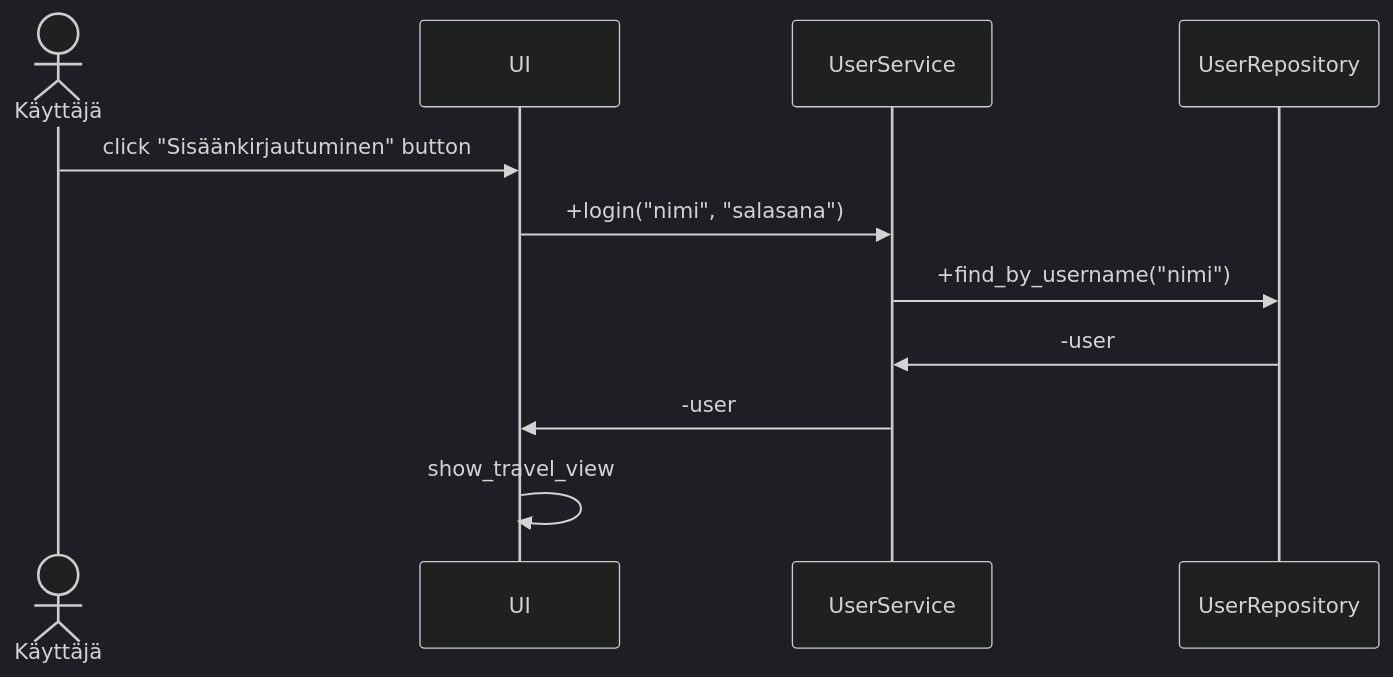
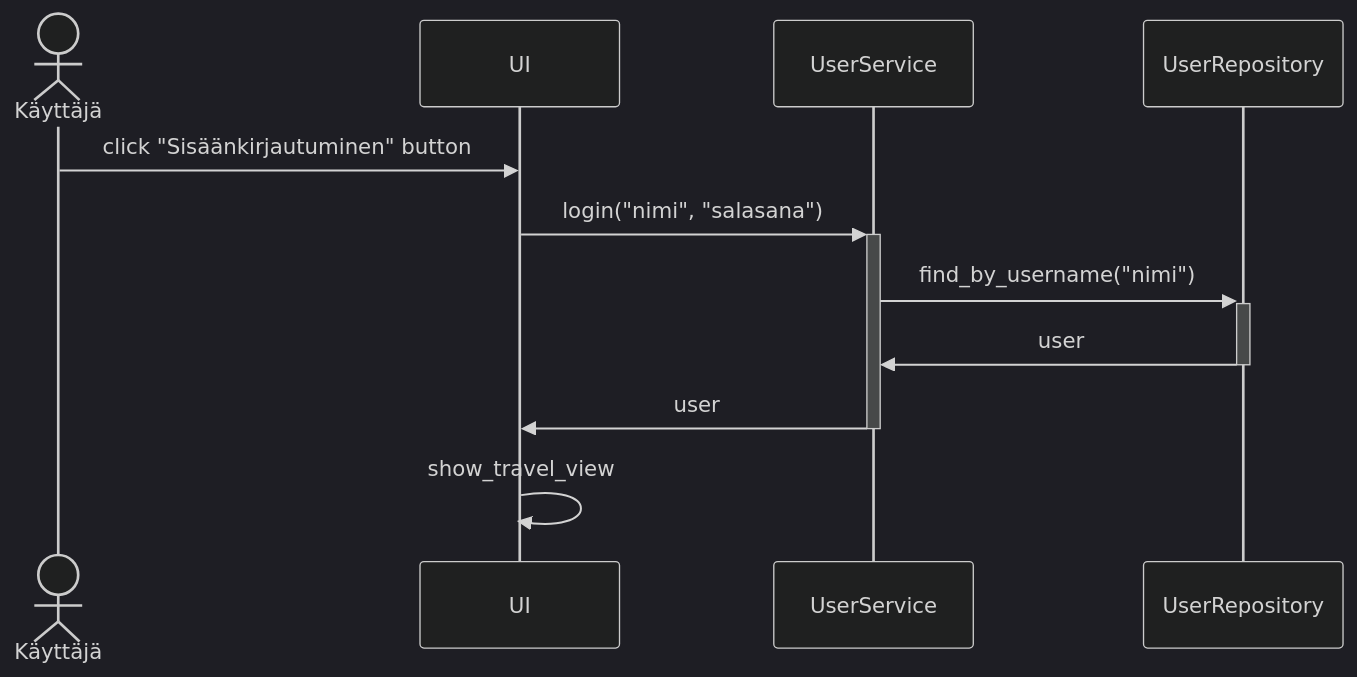
The first of 2 diagrams in travel-expense-calculator-app/dokumentaatio/arkkitehtuuri.md (phuvio/ot-harjoitustyo), drawn with Mermaid (dark theme) before and after one commit. The commit also changed other lines of this file, not shown here.

````diff
--- a/travel-expense-calculator-app/dokumentaatio/arkkitehtuuri.md
+++ b/travel-expense-calculator-app/dokumentaatio/arkkitehtuuri.md
@@ -26,14 +26,14 @@
 ```mermaid
  sequenceDiagram
    Actor K as Käyttäjä
    participant U as UI
    participant S as UserService
    participant R as UserRepository
    K->>U: click "Sisäänkirjautuminen" button
-   U->>S: +login("nimi", "salasana")
-   S->>R: +find_by_username("nimi")
-   R->>S: -user
-   S->>U: -user
+   U->>+S: login("nimi", "salasana")
+   S->>+R: find_by_username("nimi")
+   R->>-S: user
+   S->>-U: user
    U->>U: show_travel_view
 
 ```
````
